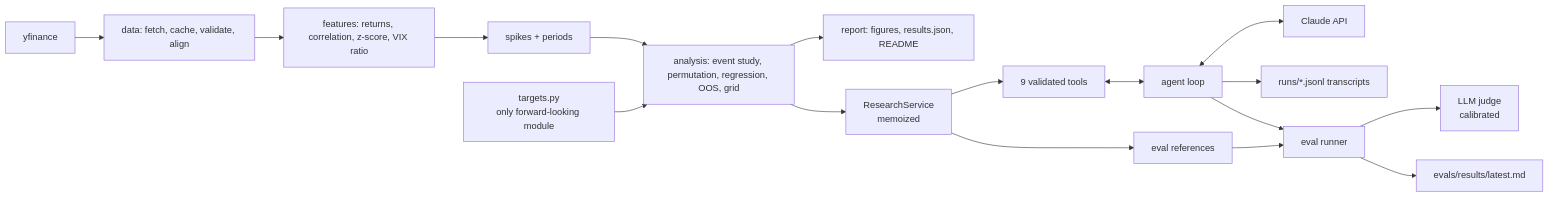
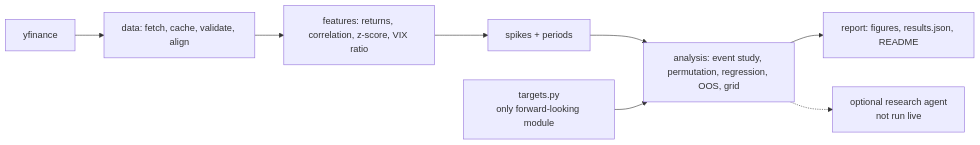
One commit to ajeetb123/market-correlation-vix changed the diagram in README.md. Above: the diagram before and after it, drawn with Mermaid. The commit also changed other lines of this file, not shown here.

First line of the commit message:
docs: trim README to the free research version

````diff
--- a/README.md
+++ b/README.md
@@ -36,19 +36,10 @@
 ```mermaid
 flowchart LR
     A[yfinance] --> B[data: fetch, cache, validate, align]
     B --> C[features: returns, correlation, z-score, VIX ratio]
     C --> D[spikes + periods]
     D --> E[analysis: event study, permutation, regression, OOS, grid]
     T[targets.py<br/>only forward-looking module] --> E
     E --> R[report: figures, results.json, README]
-    E --> S[ResearchService<br/>memoized]
-    S --> TL[9 validated tools]
-    TL <--> L[agent loop]
-    L <--> M[Claude API]
-    L --> TR[runs/*.jsonl transcripts]
-    S --> RF[eval references]
-    L --> EV[eval runner]
-    RF --> EV
-    EV --> J[LLM judge<br/>calibrated]
-    EV --> SUM[evals/results/latest.md]
+    E -.-> S[optional research agent<br/>not run live]
 ```
````
